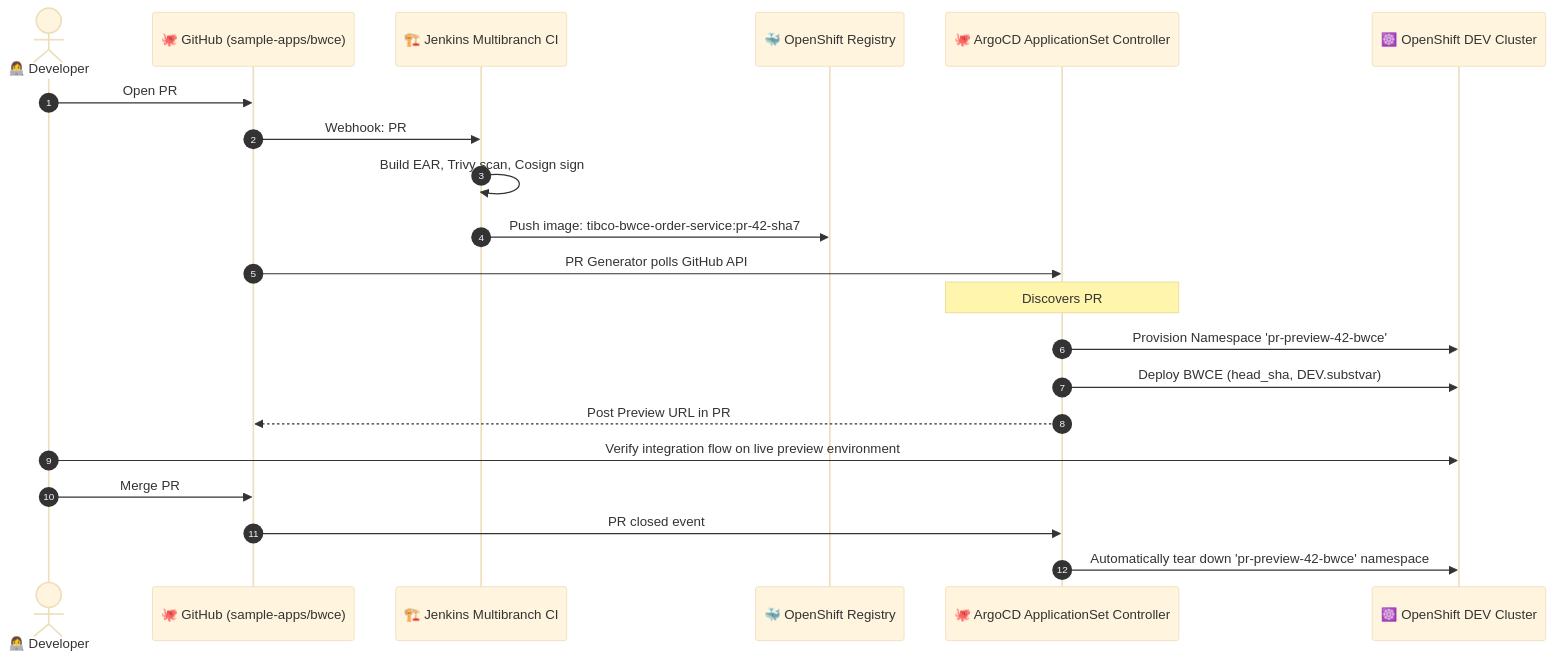
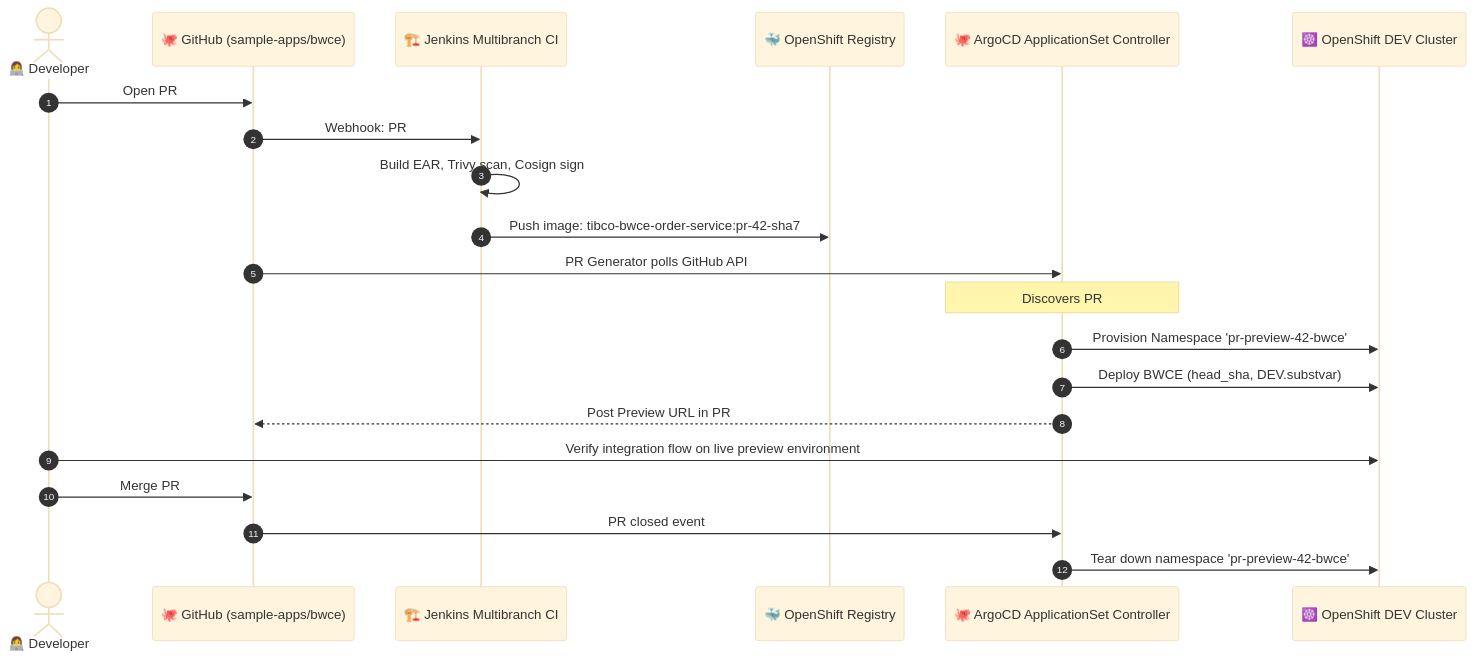
Before and after one commit to nubenetes/jenkins-without-git-parameter-bwce: the tenth of 15 diagrams in README.md, drawn with Mermaid (base theme). The commit also changed other lines of this file, not shown here.

Commit message:
fix(mermaid): shorten sequence labels, break long arrow chains, and compact subgraph titles

````diff
--- a/README.md
+++ b/README.md
@@ -724,27 +724,27 @@
 ```mermaid
 sequenceDiagram
     autonumber
     actor Dev as 👩‍💻 Developer
     participant GitHub as 🐙 GitHub (sample-apps/bwce)
     participant Jenkins as 🏗️ Jenkins Multibranch CI
     participant Registry as 🐳 OpenShift Registry
     participant ArgoCD as 🐙 ArgoCD ApplicationSet Controller
     participant Cluster as ☸️ OpenShift DEV Cluster
 
     Dev->>GitHub: Open PR #42 (feature/new-order-flow)
     GitHub->>Jenkins: Webhook: PR #42 created
     Jenkins->>Jenkins: Build EAR, Trivy scan, Cosign sign
     Jenkins->>Registry: Push image: tibco-bwce-order-service:pr-42-sha7
     
     GitHub->>ArgoCD: PR Generator polls GitHub API
     Note over ArgoCD: Discovers PR #42<br/>label: preview-environment
     ArgoCD->>Cluster: Provision Namespace 'pr-preview-42-bwce'
     ArgoCD->>Cluster: Deploy BWCE (head_sha, DEV.substvar)
     ArgoCD-->>GitHub: Post Preview URL in PR #42
     
     Dev->>Cluster: Verify integration flow on live preview environment
     
     Dev->>GitHub: Merge PR #42 into main
     GitHub->>ArgoCD: PR closed event
-    ArgoCD->>Cluster: Automatically tear down 'pr-preview-42-bwce' namespace
+    ArgoCD->>Cluster: Tear down namespace 'pr-preview-42-bwce'
 ```
````
